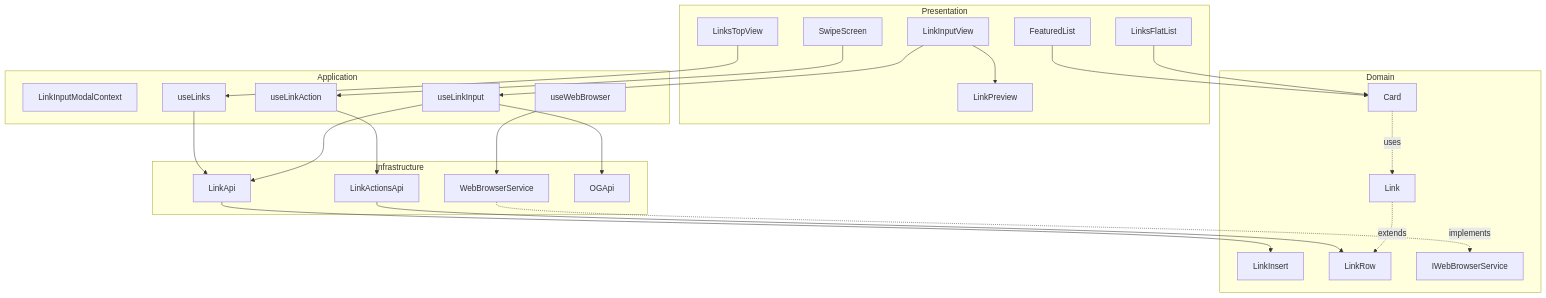
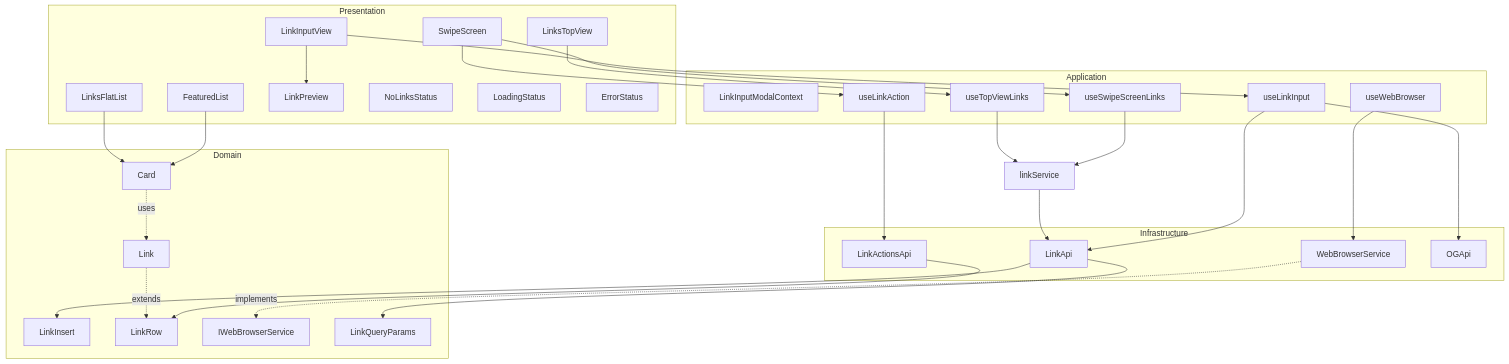
The first of 2 diagrams in feature/links/docs/architecture.md (sooom1627/Linpe), drawn with Mermaid before and after one commit. The commit also changed other lines of this file and 5 other files, not shown here.

````diff
--- a/feature/links/docs/architecture.md
+++ b/feature/links/docs/architecture.md
@@ -8,57 +8,66 @@
 ```mermaid
 graph TD
     %% Layers
     subgraph Presentation
         LinkInputView
         SwipeScreen
         LinksTopView
         LinksFlatList
         FeaturedList
         LinkPreview
+        NoLinksStatus
+        LoadingStatus
+        ErrorStatus
     end
 
     subgraph Application
         LinkInputModalContext
         useLinkInput
-        useLinks
+        useTopViewLinks
+        useSwipeScreenLinks
         useWebBrowser
         useLinkAction
     end
 
     subgraph Domain
         Card
         Link
         LinkInsert
         LinkRow
         IWebBrowserService
+        LinkQueryParams
     end
 
     subgraph Infrastructure
         WebBrowserService
         LinkActionsApi
         LinkApi
         OGApi
     end
 
     %% Relationships
     LinkInputView --> useLinkInput
     LinkInputView --> LinkPreview
+    SwipeScreen --> useSwipeScreenLinks
     SwipeScreen --> useLinkAction
-    LinksTopView --> useLinks
+    LinksTopView --> useTopViewLinks
     LinksFlatList --> Card
     FeaturedList --> Card
 
+    useTopViewLinks --> linkService
+    useSwipeScreenLinks --> linkService
+    linkService --> LinkApi
     useLinkInput --> LinkApi
     useLinkInput --> OGApi
-    useLinks --> LinkApi
     useLinkAction --> LinkActionsApi
     useWebBrowser --> WebBrowserService
 
     WebBrowserService -.implements.-> IWebBrowserService
     Link -.extends.-> LinkRow
     Card -.uses.-> Link
 
     %% Services
+    LinkApi --> LinkQueryParams
     LinkApi --> LinkInsert
     LinkActionsApi --> LinkRow
 ```
````
